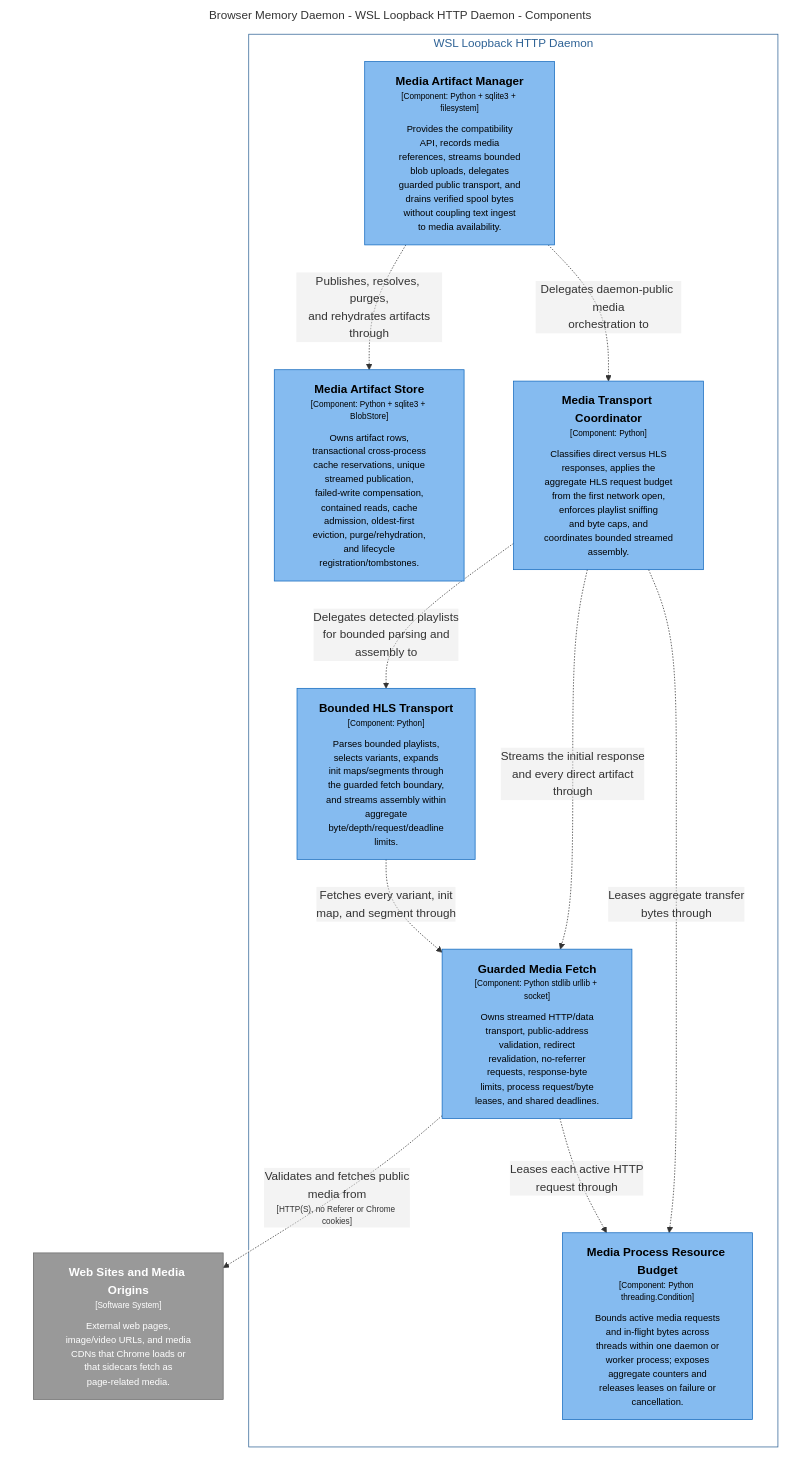
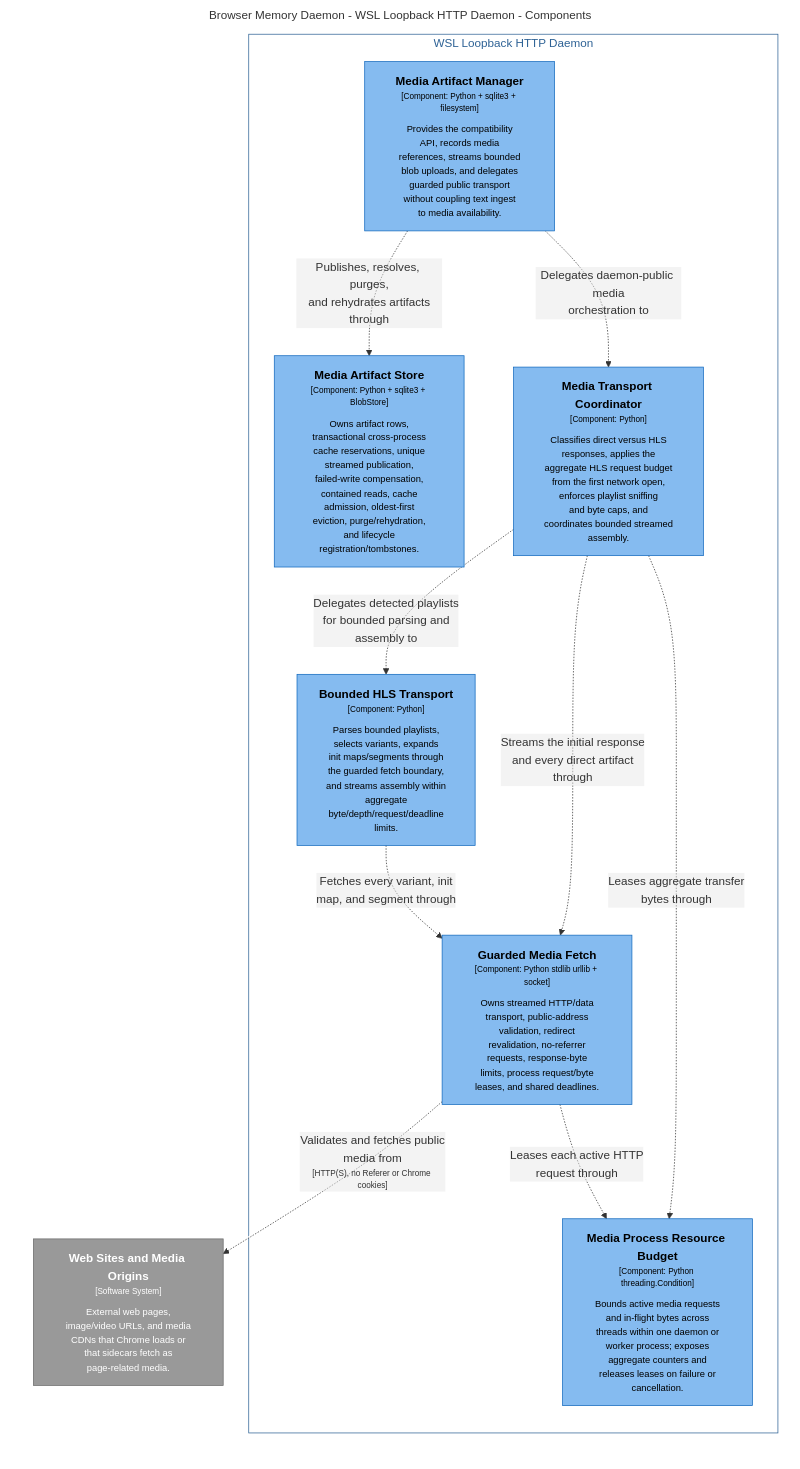
One commit to michaelnicks0/browser-memory-daemon changed the diagram in docs/architecture/diagrams/markdown/DaemonMediaTransportComponents.md. Above: the diagram before and after it, drawn with Mermaid. The commit also changed 269 other files, not shown here.

Commit message:
docs: reconcile late architecture audit findings

````diff
--- a/docs/architecture/diagrams/markdown/DaemonMediaTransportComponents.md
+++ b/docs/architecture/diagrams/markdown/DaemonMediaTransportComponents.md
@@ -16,37 +16,37 @@
 ```mermaid
 graph LR
   linkStyle default fill:#ffffff
 
   subgraph diagram ["Browser Memory Daemon - WSL Loopback HTTP Daemon - Components"]
     style diagram fill:#ffffff,stroke:#ffffff
 
     3["<div style='font-weight: bold'>Web Sites and Media Origins</div><div style='font-size: 70%; margin-top: 0px'>[Software System]</div><div style='font-size: 80%; margin-top:10px'>External web pages,<br />image/video URLs, and media<br />CDNs that Chrome loads or<br />that sidecars fetch as<br />page-related media.</div>"]
     style 3 fill:#999999,stroke:#6b6b6b,color:#ffffff
 
-    subgraph 22 ["WSL Loopback HTTP Daemon"]
-      style 22 fill:#ffffff,stroke:#2e6295,color:#2e6295
+    subgraph 23 ["WSL Loopback HTTP Daemon"]
+      style 23 fill:#ffffff,stroke:#2e6295,color:#2e6295
 
-      30["<div style='font-weight: bold'>Media Artifact Manager</div><div style='font-size: 70%; margin-top: 0px'>[Component: Python + sqlite3 + filesystem]</div><div style='font-size: 80%; margin-top:10px'>Provides the compatibility<br />API, records media<br />references, streams bounded<br />blob uploads, delegates<br />guarded public transport, and<br />drains verified spool bytes<br />without coupling text ingest<br />to media availability.</div>"]
-      style 30 fill:#85bbf0,stroke:#1168bd,color:#000000
-      33["<div style='font-weight: bold'>Media Artifact Store</div><div style='font-size: 70%; margin-top: 0px'>[Component: Python + sqlite3 + BlobStore]</div><div style='font-size: 80%; margin-top:10px'>Owns artifact rows,<br />transactional cross-process<br />cache reservations, unique<br />streamed publication,<br />failed-write compensation,<br />contained reads, cache<br />admission, oldest-first<br />eviction, purge/rehydration,<br />and lifecycle<br />registration/tombstones.</div>"]
-      style 33 fill:#85bbf0,stroke:#1168bd,color:#000000
-      34["<div style='font-weight: bold'>Media Transport Coordinator</div><div style='font-size: 70%; margin-top: 0px'>[Component: Python]</div><div style='font-size: 80%; margin-top:10px'>Classifies direct versus HLS<br />responses, applies the<br />aggregate HLS request budget<br />from the first network open,<br />enforces playlist sniffing<br />and byte caps, and<br />coordinates bounded streamed<br />assembly.</div>"]
+      31["<div style='font-weight: bold'>Media Artifact Manager</div><div style='font-size: 70%; margin-top: 0px'>[Component: Python + sqlite3 + filesystem]</div><div style='font-size: 80%; margin-top:10px'>Provides the compatibility<br />API, records media<br />references, streams bounded<br />blob uploads, and delegates<br />guarded public transport<br />without coupling text ingest<br />to media availability.</div>"]
+      style 31 fill:#85bbf0,stroke:#1168bd,color:#000000
+      34["<div style='font-weight: bold'>Media Artifact Store</div><div style='font-size: 70%; margin-top: 0px'>[Component: Python + sqlite3 + BlobStore]</div><div style='font-size: 80%; margin-top:10px'>Owns artifact rows,<br />transactional cross-process<br />cache reservations, unique<br />streamed publication,<br />failed-write compensation,<br />contained reads, cache<br />admission, oldest-first<br />eviction, purge/rehydration,<br />and lifecycle<br />registration/tombstones.</div>"]
       style 34 fill:#85bbf0,stroke:#1168bd,color:#000000
-      35["<div style='font-weight: bold'>Guarded Media Fetch</div><div style='font-size: 70%; margin-top: 0px'>[Component: Python stdlib urllib + socket]</div><div style='font-size: 80%; margin-top:10px'>Owns streamed HTTP/data<br />transport, public-address<br />validation, redirect<br />revalidation, no-referrer<br />requests, response-byte<br />limits, process request/byte<br />leases, and shared deadlines.</div>"]
+      35["<div style='font-weight: bold'>Media Transport Coordinator</div><div style='font-size: 70%; margin-top: 0px'>[Component: Python]</div><div style='font-size: 80%; margin-top:10px'>Classifies direct versus HLS<br />responses, applies the<br />aggregate HLS request budget<br />from the first network open,<br />enforces playlist sniffing<br />and byte caps, and<br />coordinates bounded streamed<br />assembly.</div>"]
       style 35 fill:#85bbf0,stroke:#1168bd,color:#000000
-      36["<div style='font-weight: bold'>Bounded HLS Transport</div><div style='font-size: 70%; margin-top: 0px'>[Component: Python]</div><div style='font-size: 80%; margin-top:10px'>Parses bounded playlists,<br />selects variants, expands<br />init maps/segments through<br />the guarded fetch boundary,<br />and streams assembly within<br />aggregate<br />byte/depth/request/deadline<br />limits.</div>"]
+      36["<div style='font-weight: bold'>Guarded Media Fetch</div><div style='font-size: 70%; margin-top: 0px'>[Component: Python stdlib urllib + socket]</div><div style='font-size: 80%; margin-top:10px'>Owns streamed HTTP/data<br />transport, public-address<br />validation, redirect<br />revalidation, no-referrer<br />requests, response-byte<br />limits, process request/byte<br />leases, and shared deadlines.</div>"]
       style 36 fill:#85bbf0,stroke:#1168bd,color:#000000
+      37["<div style='font-weight: bold'>Bounded HLS Transport</div><div style='font-size: 70%; margin-top: 0px'>[Component: Python]</div><div style='font-size: 80%; margin-top:10px'>Parses bounded playlists,<br />selects variants, expands<br />init maps/segments through<br />the guarded fetch boundary,<br />and streams assembly within<br />aggregate<br />byte/depth/request/deadline<br />limits.</div>"]
+      style 37 fill:#85bbf0,stroke:#1168bd,color:#000000
       38["<div style='font-weight: bold'>Media Process Resource Budget</div><div style='font-size: 70%; margin-top: 0px'>[Component: Python threading.Condition]</div><div style='font-size: 80%; margin-top:10px'>Bounds active media requests<br />and in-flight bytes across<br />threads within one daemon or<br />worker process; exposes<br />aggregate counters and<br />releases leases on failure or<br />cancellation.</div>"]
       style 38 fill:#85bbf0,stroke:#1168bd,color:#000000
     end
 
-    30-. "<div>Publishes, resolves, purges,<br />and rehydrates artifacts<br />through</div><div style='font-size: 70%'></div>" .->33
-    30-. "<div>Delegates daemon-public media<br />orchestration to</div><div style='font-size: 70%'></div>" .->34
-    34-. "<div>Streams the initial response<br />and every direct artifact<br />through</div><div style='font-size: 70%'></div>" .->35
-    34-. "<div>Delegates detected playlists<br />for bounded parsing and<br />assembly to</div><div style='font-size: 70%'></div>" .->36
-    34-. "<div>Leases aggregate transfer<br />bytes through</div><div style='font-size: 70%'></div>" .->38
-    35-. "<div>Leases each active HTTP<br />request through</div><div style='font-size: 70%'></div>" .->38
-    35-. "<div>Validates and fetches public<br />media from</div><div style='font-size: 70%'>[HTTP(S), no Referer or Chrome cookies]</div>" .->3
-    36-. "<div>Fetches every variant, init<br />map, and segment through</div><div style='font-size: 70%'></div>" .->35
+    31-. "<div>Publishes, resolves, purges,<br />and rehydrates artifacts<br />through</div><div style='font-size: 70%'></div>" .->34
+    31-. "<div>Delegates daemon-public media<br />orchestration to</div><div style='font-size: 70%'></div>" .->35
+    35-. "<div>Streams the initial response<br />and every direct artifact<br />through</div><div style='font-size: 70%'></div>" .->36
+    35-. "<div>Delegates detected playlists<br />for bounded parsing and<br />assembly to</div><div style='font-size: 70%'></div>" .->37
+    35-. "<div>Leases aggregate transfer<br />bytes through</div><div style='font-size: 70%'></div>" .->38
+    36-. "<div>Leases each active HTTP<br />request through</div><div style='font-size: 70%'></div>" .->38
+    36-. "<div>Validates and fetches public<br />media from</div><div style='font-size: 70%'>[HTTP(S), no Referer or Chrome cookies]</div>" .->3
+    37-. "<div>Fetches every variant, init<br />map, and segment through</div><div style='font-size: 70%'></div>" .->36
   end
 ```
````
